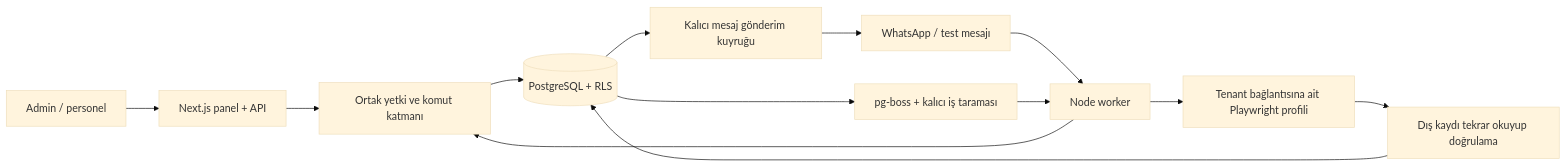
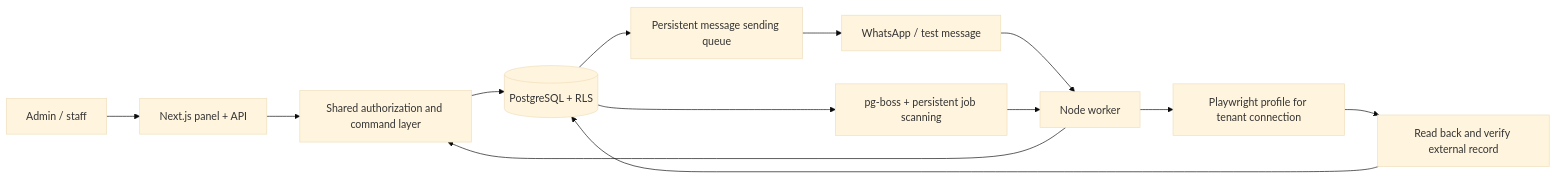
One commit to ikaanakkok/AfterHours changed the diagram in README.md. Above: the diagram before and after it, drawn with Mermaid (base theme). The commit also changed other lines of this file, not shown here.

````diff
--- a/README.md
+++ b/README.md
@@ -72,15 +72,15 @@
 ```mermaid
 flowchart LR
-  U[Admin / personel] --> W[Next.js panel + API]
-  W --> C[Ortak yetki ve komut katmanı]
-  WA[WhatsApp / test mesajı] --> R[Node worker]
+  U[Admin / staff] --> W[Next.js panel + API]
+  W --> C[Shared authorization and command layer]
+  WA[WhatsApp / test message] --> R[Node worker]
   R --> C
   C --> DB[(PostgreSQL + RLS)]
-  DB --> Q[pg-boss + kalıcı iş taraması]
+  DB --> Q[pg-boss + persistent job scanning]
   Q --> R
-  R --> B[Tenant bağlantısına ait Playwright profili]
-  B --> V[Dış kaydı tekrar okuyup doğrulama]
+  R --> B[Playwright profile for tenant connection]
+  B --> V[Read back and verify external record]
   V --> DB
-  DB --> O[Kalıcı mesaj gönderim kuyruğu]
+  DB --> O[Persistent message sending queue]
   O --> WA
 ```
````
